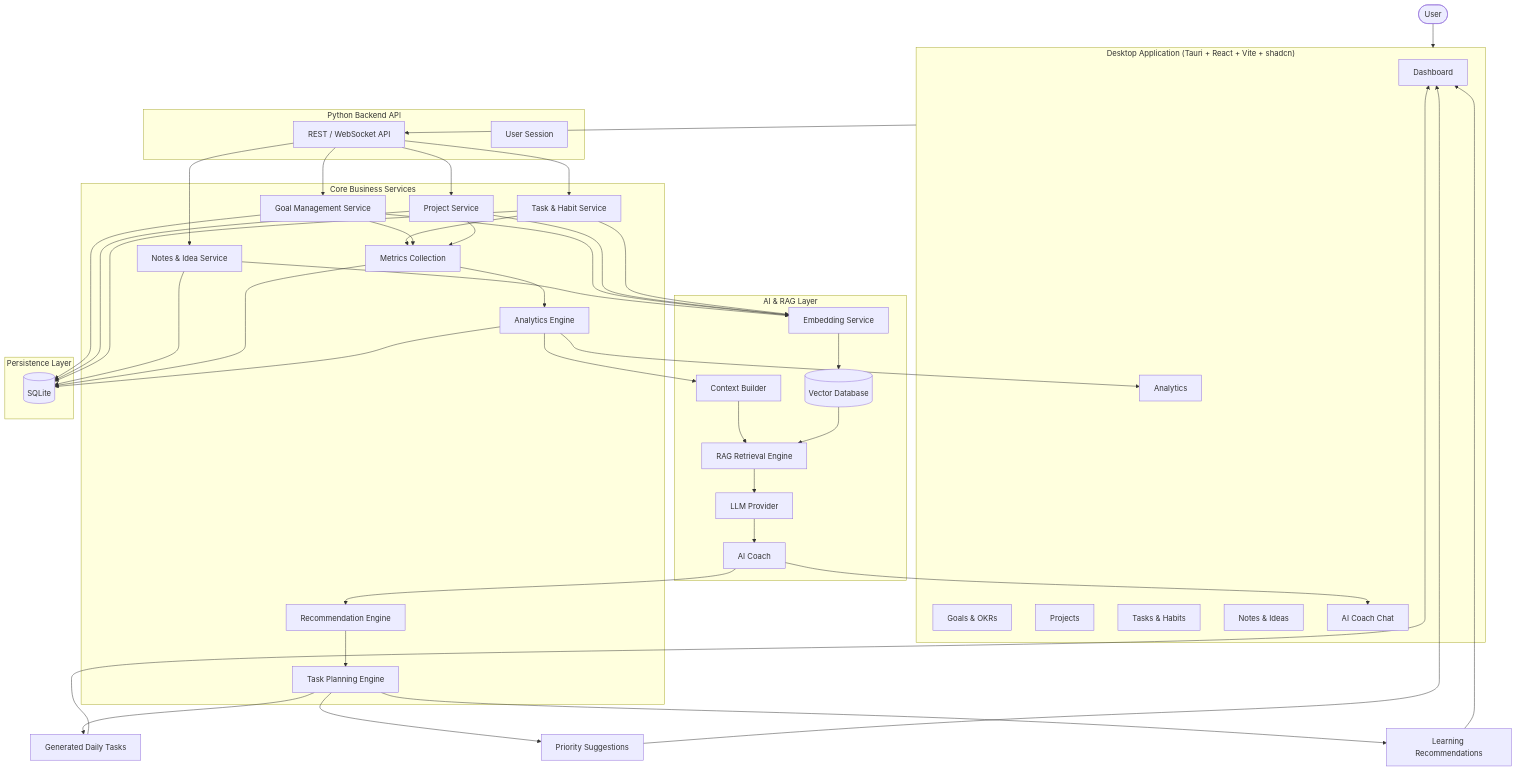
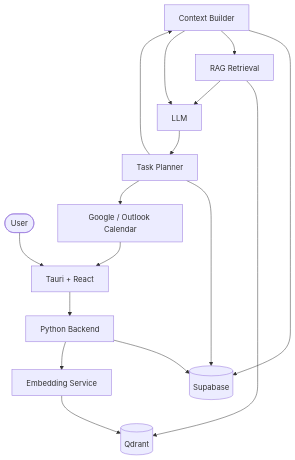
Before and after one commit to ArlagaddaMourya/habit_tracker: the first of 11 diagrams in README.md, drawn with Mermaid. The commit also changed other lines of this file and 6 other files, not shown here.

````diff
--- a/README.md
+++ b/README.md
@@ -21,137 +20,55 @@
 ```mermaid
 flowchart TB
 
-    %% =====================
-    %% CLIENT LAYER
-    %% =====================
-
     User([User])
 
-    subgraph Desktop_App["Desktop Application (Tauri + React + Vite + shadcn)"]
-        Dashboard[Dashboard]
-        Goals[Goals & OKRs]
-        Projects[Projects]
-        Tasks[Tasks & Habits]
-        Journal[Notes & Ideas]
-        AnalyticsUI[Analytics]
-        ChatUI[AI Coach Chat]
-    end
+    UI[Tauri + React]
 
-    User --> Desktop_App
+    API[Python Backend]
 
-    %% =====================
-    %% API LAYER
-    %% =====================
+    Supabase[(Supabase)]
 
-    subgraph Backend["Python Backend API"]
-        API[REST / WebSocket API]
-        Auth[User Session]
-    end
+    Embedding[Embedding Service]
 
-    Desktop_App --> API
+    Qdrant[(Qdrant)]
 
-    %% =====================
-    %% CORE SERVICES
-    %% =====================
+    Context[Context Builder]
 
-    subgraph Core["Core Business Services"]
+    RAG[RAG Retrieval]
 
-        GoalService[Goal Management Service]
-        ProjectService[Project Service]
-        TaskService[Task & Habit Service]
-        JournalService[Notes & Idea Service]
+    LLM[LLM]
 
-        MetricsService[Metrics Collection]
-        AnalyticsService[Analytics Engine]
+    Planner[Task Planner]
 
-        RecommendationService[Recommendation Engine]
-        PlanningService[Task Planning Engine]
+    Calendar[Google / Outlook Calendar]
 
-    end
+    User --> UI
 
-    API --> GoalService
-    API --> ProjectService
-    API --> TaskService
-    API --> JournalService
+    UI --> API
 
-    TaskService --> MetricsService
-    GoalService --> MetricsService
-    ProjectService --> MetricsService
+    API --> Supabase
 
-    MetricsService --> AnalyticsService
+    API --> Embedding
 
-    %% =====================
-    %% AI LAYER
-    %% =====================
+    Embedding --> Qdrant
 
-    subgraph AI["AI & RAG Layer"]
+    Planner --> Context
 
-        EmbeddingService[Embedding Service]
+    Context --> Supabase
 
-        VectorStore[(Vector Database)]
+    Context --> RAG
 
-        RAG[RAG Retrieval Engine]
+    RAG --> Qdrant
 
-        ContextBuilder[Context Builder]
-
-        LLM[LLM Provider]
-
-        AICoach[AI Coach]
-
-    end
-
-    JournalService --> EmbeddingService
-    GoalService --> EmbeddingService
-    ProjectService --> EmbeddingService
-    TaskService --> EmbeddingService
-
-    EmbeddingService --> VectorStore
-
-    AnalyticsService --> ContextBuilder
-
-    ContextBuilder --> RAG
-    VectorStore --> RAG
+    Context --> LLM
 
     RAG --> LLM
-    LLM --> AICoach
 
-    %% =====================
-    %% AI OUTPUTS
-    %% =====================
+    LLM --> Planner
 
-    AICoach --> RecommendationService
+    Planner --> Supabase
 
-    RecommendationService --> PlanningService
+    Planner --> Calendar
 
-    PlanningService --> GeneratedTasks[Generated Daily Tasks]
-    PlanningService --> Priorities[Priority Suggestions]
-    PlanningService --> LearningPlan[Learning Recommendations]
-
-    %% =====================
-    %% STORAGE
-    %% =====================
-
-    subgraph Storage["Persistence Layer"]
-
-        SQLite[(SQLite)]
-
-    end
-
-    GoalService --> SQLite
-    ProjectService --> SQLite
-    TaskService --> SQLite
-    JournalService --> SQLite
-    MetricsService --> SQLite
-    AnalyticsService --> SQLite
-
-    %% =====================
-    %% UI FEEDBACK LOOP
-    %% =====================
-
-    GeneratedTasks --> Dashboard
-    Priorities --> Dashboard
-    LearningPlan --> Dashboard
-
-    AnalyticsService --> AnalyticsUI
-    AICoach --> ChatUI
+    Calendar --> UI
 ```
````
